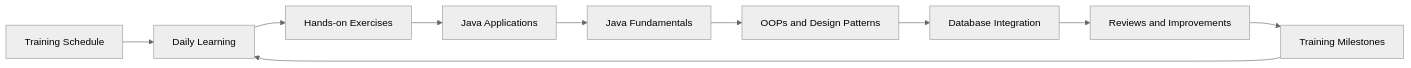
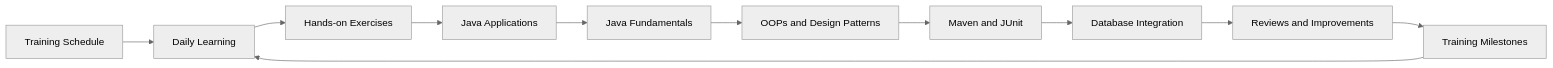
Before and after one commit to KishoreMuruganantham/hexaware-training-journal: the diagram in README.md, drawn with Mermaid (neutral theme). The commit also changed other lines of this file and 1 other file, not shown here.

Commit message:
Update journal for Maven and JUnit training

````diff
--- a/README.md
+++ b/README.md
@@ -7,12 +7,13 @@
 ```mermaid
 flowchart LR
     A[Training Schedule] --> B[Daily Learning]
     B --> C[Hands-on Exercises]
     C --> D[Java Applications]
     D --> H[Java Fundamentals]
     H --> I[OOPs and Design Patterns]
-    I --> E[Database Integration]
+    I --> J[Maven and JUnit]
+    J --> E[Database Integration]
     E --> F[Reviews and Improvements]
     F --> G[Training Milestones]
     G --> B
 ```
````
